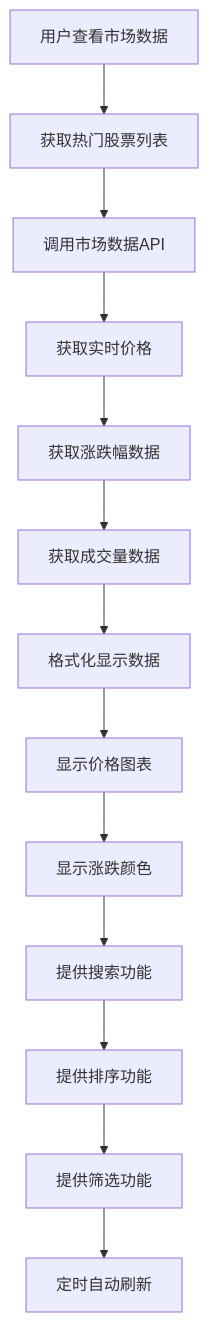
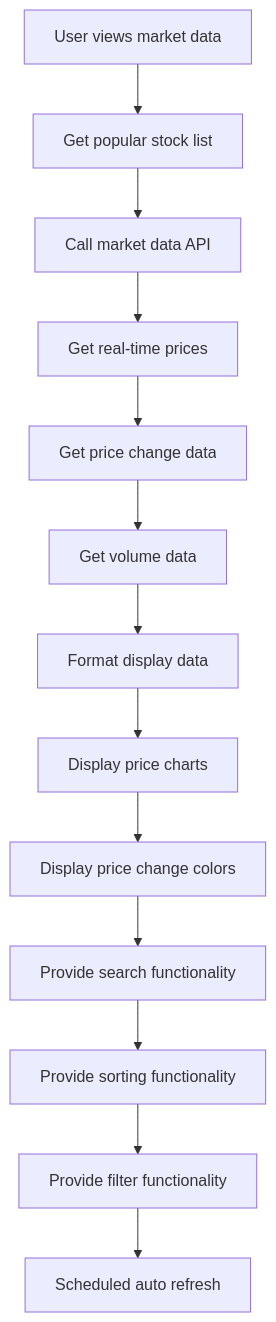
Diagram 14 of 20 in FLOWCHARTS.md (CDKStudy/Portfolio_Manager), drawn with Mermaid before and after one commit. The commit also changed other lines of this file, not shown here.

Commit message:
update flowchart

````diff
--- a/FLOWCHARTS.md
+++ b/FLOWCHARTS.md
@@ -337,15 +337,15 @@
 ```mermaid
 flowchart TD
-    A[用户查看市场数据] --> B[获取热门股票列表]
-    B --> C[调用市场数据API]
-    C --> D[获取实时价格]
-    D --> E[获取涨跌幅数据]
-    E --> F[获取成交量数据]
-    F --> G[格式化显示数据]
-    G --> H[显示价格图表]
-    H --> I[显示涨跌颜色]
-    I --> J[提供搜索功能]
-    J --> K[提供排序功能]
-    K --> L[提供筛选功能]
-    L --> M[定时自动刷新]
+    A[User views market data] --> B[Get popular stock list]
+    B --> C[Call market data API]
+    C --> D[Get real-time prices]
+    D --> E[Get price change data]
+    E --> F[Get volume data]
+    F --> G[Format display data]
+    G --> H[Display price charts]
+    H --> I[Display price change colors]
+    I --> J[Provide search functionality]
+    J --> K[Provide sorting functionality]
+    K --> L[Provide filter functionality]
+    L --> M[Scheduled auto refresh]
 ```
````
